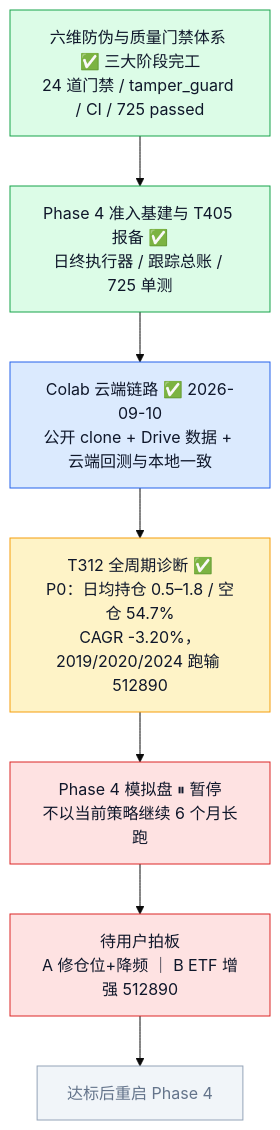
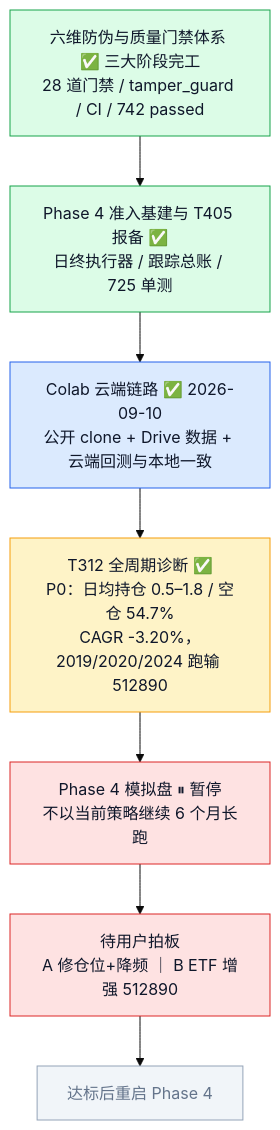
One commit to YZml1507/FinAI2.0 changed the sixth of 6 diagrams in docs/project_status_flowchart.md. Above: the diagram before and after it, drawn with Mermaid (base theme). The commit also changed 16 other files, not shown here.

````diff
--- a/docs/project_status_flowchart.md
+++ b/docs/project_status_flowchart.md
@@ -138,17 +138,17 @@
 ```mermaid
 flowchart TD
-  GATE_DONE["六维防伪与质量门禁体系 ✅ 三大阶段完工<br/>24 道门禁 / tamper_guard / CI / 725 passed"]
+  GATE_DONE["六维防伪与质量门禁体系 ✅ 三大阶段完工<br/>28 道门禁 / tamper_guard / CI / 742 passed"]
   GATE_DONE --> P4_ADMIT["Phase 4 准入基建与 T405 报备 ✅<br/>日终执行器 / 跟踪总账 / 725 单测"]
   P4_ADMIT --> CLOUD["Colab 云端链路 ✅ 2026-09-10<br/>公开 clone + Drive 数据 + 云端回测与本地一致"]
   CLOUD --> DIAG["T312 全周期诊断 ✅<br/>P0：日均持仓 0.5–1.8 / 空仓 54.7%<br/>CAGR -3.20%，2019/2020/2024 跑输 512890"]
   DIAG --> HOLD["Phase 4 模拟盘 ⏸ 暂停<br/>不以当前策略继续 6 个月长跑"]
   HOLD --> DECIDE["待用户拍板<br/>A 修仓位+降频 ｜ B ETF 增强 512890"]
   DECIDE --> OK["达标后重启 Phase 4"]
   style GATE_DONE fill:#dcfce7,stroke:#16a34a,color:#0f172a
   style P4_ADMIT fill:#dcfce7,stroke:#16a34a,color:#0f172a
   style CLOUD fill:#dbeafe,stroke:#2563eb,color:#0f172a
   style DIAG fill:#fef3c7,stroke:#f59e0b,color:#0f172a
   style HOLD fill:#fee2e2,stroke:#dc2626,color:#0f172a
   style DECIDE fill:#fee2e2,stroke:#dc2626,color:#0f172a
   style OK fill:#f1f5f9,stroke:#94a3b8,color:#64748b
 ```
````
